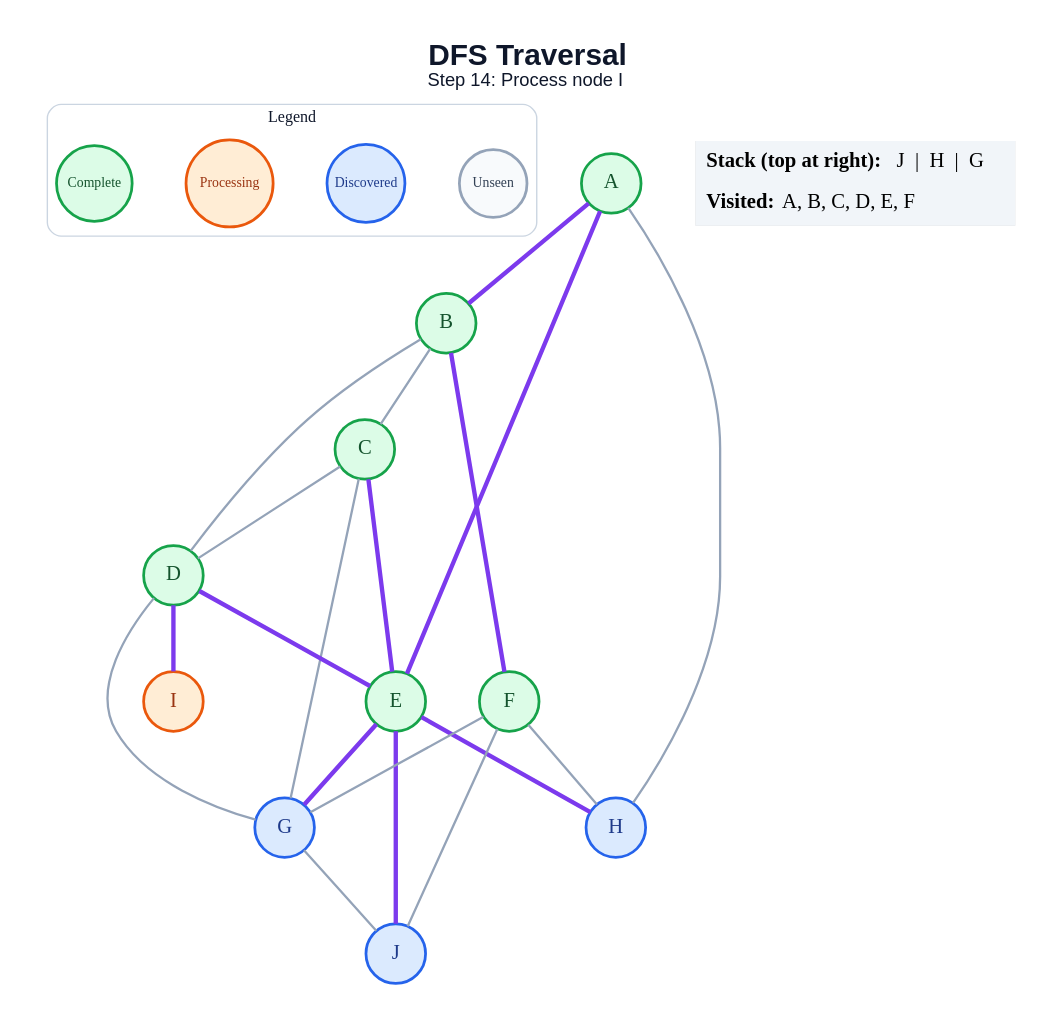
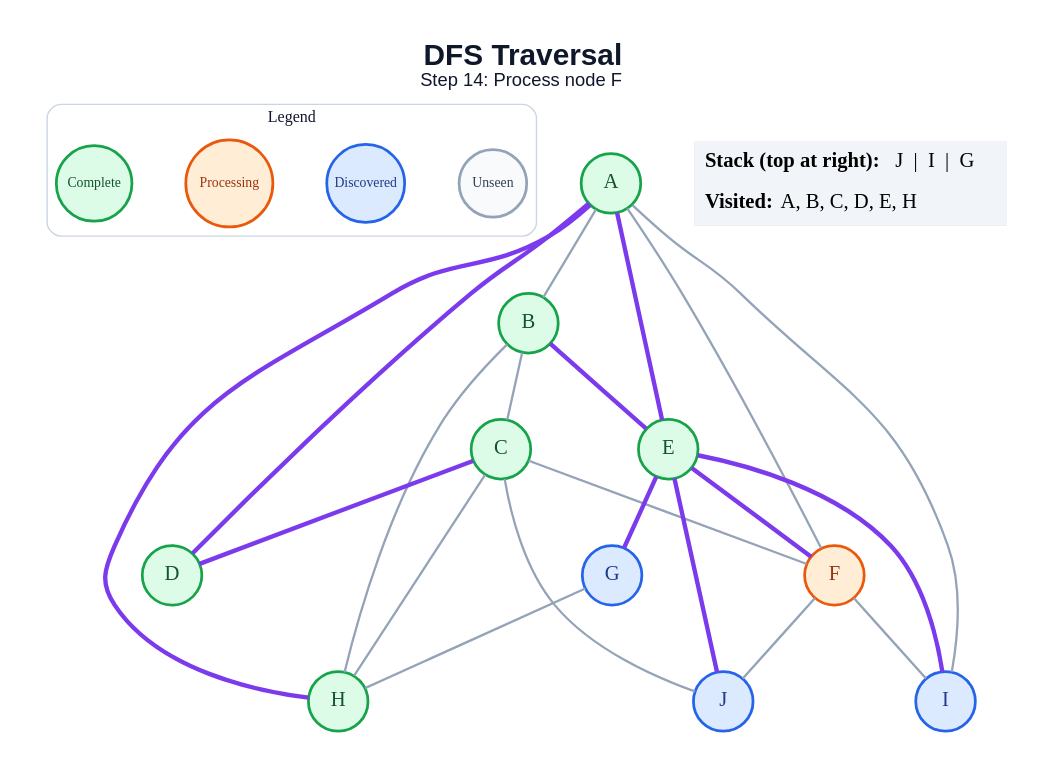
Before and after one commit to amanghodawala9/ai-slop: the diagram in generated/specific-node/dfs/step_14.dot, drawn with Graphviz. The commit also changed 178 other files, not shown here.

```diff
--- a/generated/specific-node/dfs/step_14.dot
+++ b/generated/specific-node/dfs/step_14.dot
@@ -1,48 +1,49 @@
 graph traversal {
   graph [layout=dot, rankdir=TB, bgcolor="#FFFFFF", pad="0.35", nodesep="0.65", ranksep="0.8", fontname="Arial"];
   node [shape=circle, style="filled", fontname="Arial Bold", fontsize=18, width=0.72, fixedsize=true, penwidth=2.4];
   edge [color="#94A3B8", penwidth=2.0];
-  label=<<B>DFS Traversal</B><BR/><FONT POINT-SIZE="16">Step 14: Process node I</FONT>>; labelloc="t"; fontsize=26; fontname="Arial"; fontcolor="#0F172A";
+  label=<<B>DFS Traversal</B><BR/><FONT POINT-SIZE="16">Step 14: Process node F</FONT>>; labelloc="t"; fontsize=26; fontname="Arial"; fontcolor="#0F172A";
   subgraph cluster_legend { label="Legend"; color="#CBD5E1"; penwidth=1.2; style="rounded"; fontsize=14; fontname="Arial Bold";
     key_unseen [label="Unseen", fillcolor="#F8FAFC", color="#94A3B8", fontcolor="#334155", fontsize=12, width=0.82];
     key_frontier [label="Discovered", fillcolor="#DBEAFE", color="#2563EB", fontcolor="#1E3A8A", fontsize=12, width=0.95];
     key_current [label="Processing", fillcolor="#FFEDD5", color="#EA580C", fontcolor="#9A3412", fontsize=12, width=1.05];
     key_done [label="Complete", fillcolor="#DCFCE7", color="#16A34A", fontcolor="#14532D", fontsize=12, width=0.92];
     { rank=same; key_unseen; key_frontier; key_current; key_done; }
   }
   A [fillcolor="#DCFCE7", color="#16A34A", fontcolor="#14532D"];
   B [fillcolor="#DCFCE7", color="#16A34A", fontcolor="#14532D"];
   C [fillcolor="#DCFCE7", color="#16A34A", fontcolor="#14532D"];
   D [fillcolor="#DCFCE7", color="#16A34A", fontcolor="#14532D"];
   E [fillcolor="#DCFCE7", color="#16A34A", fontcolor="#14532D"];
-  F [fillcolor="#DCFCE7", color="#16A34A", fontcolor="#14532D"];
+  F [fillcolor="#FFEDD5", color="#EA580C", fontcolor="#9A3412"];
   G [fillcolor="#DBEAFE", color="#2563EB", fontcolor="#1E3A8A"];
-  H [fillcolor="#DBEAFE", color="#2563EB", fontcolor="#1E3A8A"];
-  I [fillcolor="#FFEDD5", color="#EA580C", fontcolor="#9A3412"];
+  H [fillcolor="#DCFCE7", color="#16A34A", fontcolor="#14532D"];
+  I [fillcolor="#DBEAFE", color="#2563EB", fontcolor="#1E3A8A"];
   J [fillcolor="#DBEAFE", color="#2563EB", fontcolor="#1E3A8A"];
-  A -- B [color="#7C3AED", penwidth=3.8];
+  A -- B;
+  A -- D [color="#7C3AED", penwidth=3.8];
   A -- E [color="#7C3AED", penwidth=3.8];
-  A -- H;
+  A -- F;
+  A -- H [color="#7C3AED", penwidth=3.8];
+  A -- I;
   B -- C;
-  B -- D;
-  B -- F [color="#7C3AED", penwidth=3.8];
-  C -- D;
-  C -- E [color="#7C3AED", penwidth=3.8];
-  C -- G;
-  D -- E [color="#7C3AED", penwidth=3.8];
-  D -- G;
-  D -- I [color="#7C3AED", penwidth=3.8];
+  B -- E [color="#7C3AED", penwidth=3.8];
+  B -- H;
+  C -- D [color="#7C3AED", penwidth=3.8];
+  C -- F;
+  C -- H;
+  C -- J;
+  E -- F [color="#7C3AED", penwidth=3.8];
   E -- G [color="#7C3AED", penwidth=3.8];
-  E -- H [color="#7C3AED", penwidth=3.8];
+  E -- I [color="#7C3AED", penwidth=3.8];
   E -- J [color="#7C3AED", penwidth=3.8];
-  F -- G;
-  F -- H;
+  F -- I;
   F -- J;
-  G -- J;
+  G -- H;
   status [shape=plain, fixedsize=false, width=0, height=0, margin=0, label=<
     <TABLE BORDER="0" CELLBORDER="0" CELLPADDING="7" BGCOLOR="#F1F5F9">
-      <TR><TD ALIGN="LEFT"><B>Stack (top at right):</B> J  |  H  |  G</TD></TR>
-      <TR><TD ALIGN="LEFT"><B>Visited:</B> A, B, C, D, E, F</TD></TR>
+      <TR><TD ALIGN="LEFT"><B>Stack (top at right):</B> J  |  I  |  G</TD></TR>
+      <TR><TD ALIGN="LEFT"><B>Visited:</B> A, B, C, D, E, H</TD></TR>
     </TABLE>
   >];
 }
```
